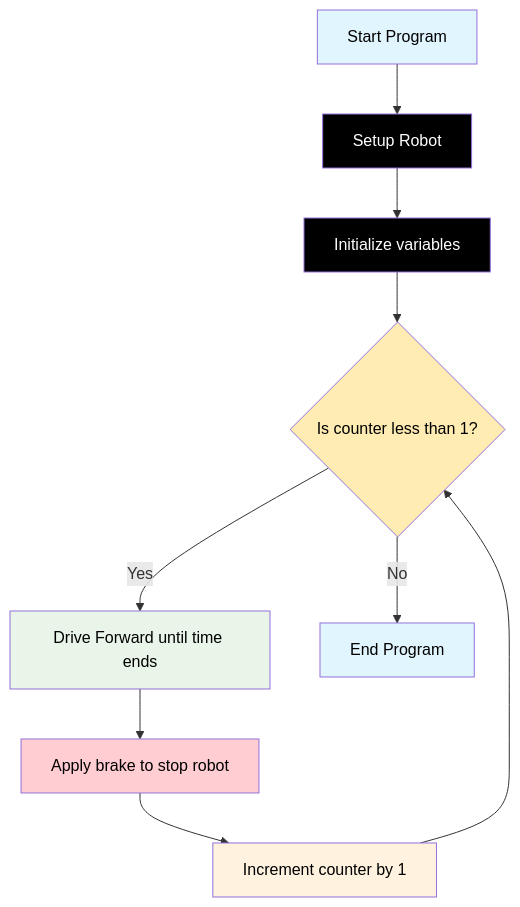
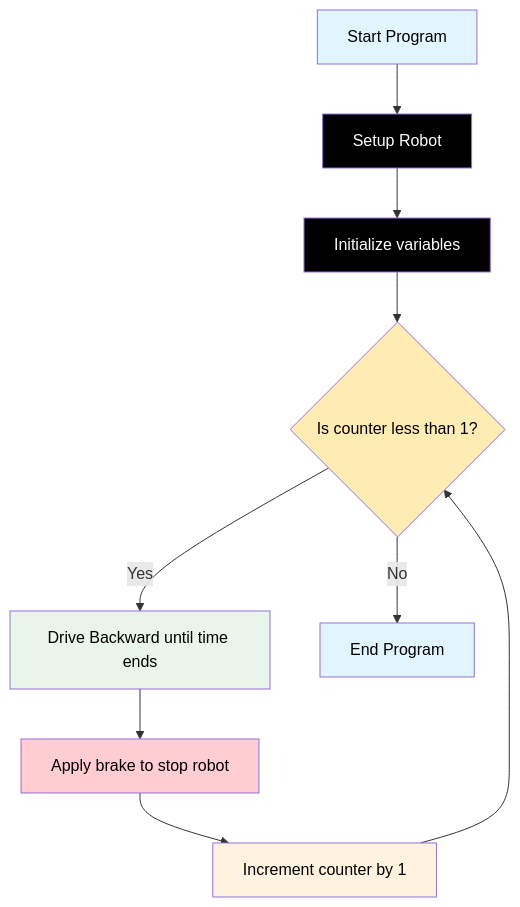
Before and after one commit to TempeHS/AIDriver_MicroPython_Challanges: the diagram in docs/Challenge_2.md, drawn with Mermaid. The commit also changed other lines of this file and 10 other files, not shown here.

````diff
--- a/docs/Challenge_2.md
+++ b/docs/Challenge_2.md
@@ -16,20 +16,20 @@
 ```mermaid
 flowchart TD
     A[Start Program] --> B[Setup Robot]
     B --> C[Initialize variables]
     C --> D{Is counter less than 1?}
-    D -->|Yes| E[Drive Forward until time ends]
+    D -->|Yes| E[Drive Backward until time ends]
     E --> F[Apply brake to stop robot]
     F --> G[Increment counter by 1]
     G --> D
     D -->|No| H[End Program]
 
     style A fill:#e1f5fe,color:#000000
     style B fill:#000000, color:#ffffff
     style C fill:#000000, color:#ffffff
     style D fill:#ffecb3,color:#000000
     style E fill:#e8f5e8,color:#000000
     style F fill:#ffcdd2,color:#000000
     style G fill:#fff3e0,color:#000000
     style H fill:#e1f5fe,color:#000000
 ```
````
